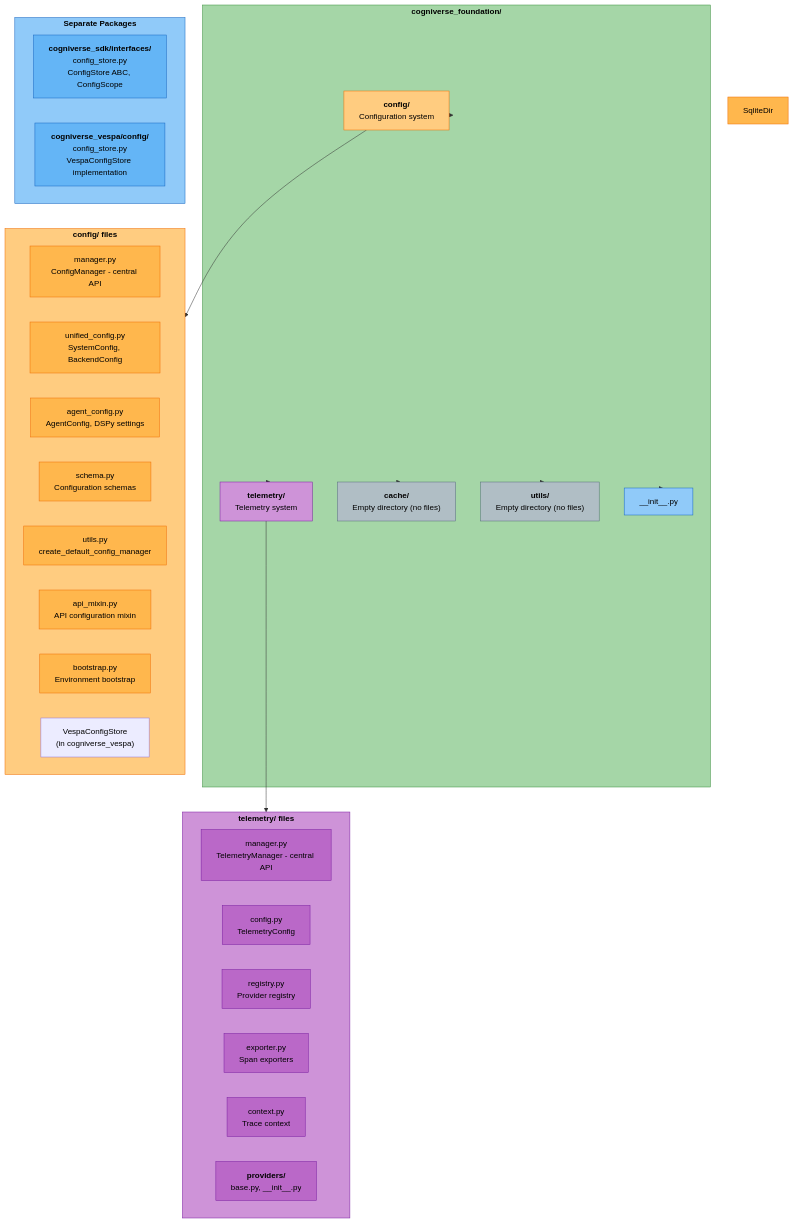
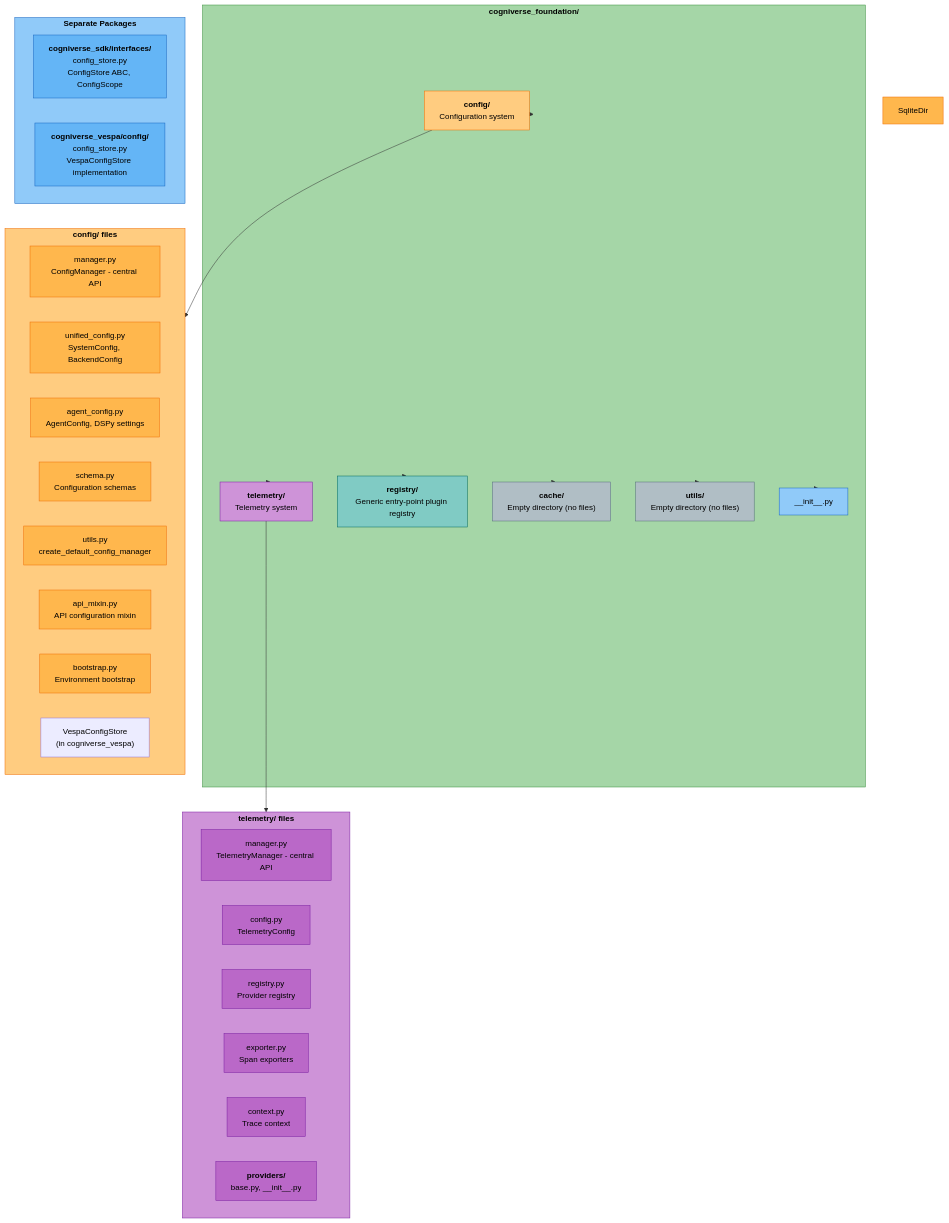
One commit to amit-jain/cogniverse changed the first of 3 diagrams in docs/modules/foundation.md. Above: the diagram before and after it, drawn with Mermaid. The commit also changed other lines of this file and 10 other files, not shown here.

````diff
--- a/docs/modules/foundation.md
+++ b/docs/modules/foundation.md
@@ -40,70 +41,73 @@
 ```mermaid
 flowchart TB
     subgraph Foundation["<span style='color:#000'><b>cogniverse_foundation/</b></span>"]
         ConfigDir["<span style='color:#000'><b>config/</b><br/>Configuration system</span>"]
         TelemetryDir["<span style='color:#000'><b>telemetry/</b><br/>Telemetry system</span>"]
+        RegistryDir["<span style='color:#000'><b>registry/</b><br/>Generic entry-point plugin registry</span>"]
         CacheDir["<span style='color:#000'><b>cache/</b><br/>Empty directory (no files)</span>"]
         UtilsDir["<span style='color:#000'><b>utils/</b><br/>Empty directory (no files)</span>"]
         InitPy["<span style='color:#000'>__init__.py</span>"]
     end
 
     subgraph ConfigFiles["<span style='color:#000'><b>config/ files</b></span>"]
         Manager["<span style='color:#000'>manager.py<br/>ConfigManager - central API</span>"]
         UnifiedConfigFile["<span style='color:#000'>unified_config.py<br/>SystemConfig, BackendConfig</span>"]
         AgentConfigFile["<span style='color:#000'>agent_config.py<br/>AgentConfig, DSPy settings</span>"]
         Schema["<span style='color:#000'>schema.py<br/>Configuration schemas</span>"]
         Utils["<span style='color:#000'>utils.py<br/>create_default_config_manager</span>"]
         ApiMixin["<span style='color:#000'>api_mixin.py<br/>API configuration mixin</span>"]
         Bootstrap["<span style='color:#000'>bootstrap.py<br/>Environment bootstrap</span>"]
         VespaStore["<span style='color:#000'>VespaConfigStore<br/>(in cogniverse_vespa)</span>"]
     end
 
     subgraph TelemetryFiles["<span style='color:#000'><b>telemetry/ files</b></span>"]
         TelManager["<span style='color:#000'>manager.py<br/>TelemetryManager - central API</span>"]
         TelConfig["<span style='color:#000'>config.py<br/>TelemetryConfig</span>"]
         Registry["<span style='color:#000'>registry.py<br/>Provider registry</span>"]
         Exporter["<span style='color:#000'>exporter.py<br/>Span exporters</span>"]
         Context["<span style='color:#000'>context.py<br/>Trace context</span>"]
         ProvidersDir["<span style='color:#000'><b>providers/</b><br/>base.py, __init__.py</span>"]
     end
 
     subgraph SeparatePackages["<span style='color:#000'><b>Separate Packages</b></span>"]
         SDKInterface["<span style='color:#000'><b>cogniverse_sdk/interfaces/</b><br/>config_store.py<br/>ConfigStore ABC, ConfigScope</span>"]
         VespaImpl["<span style='color:#000'><b>cogniverse_vespa/config/</b><br/>config_store.py<br/>VespaConfigStore implementation</span>"]
     end
 
     Foundation --> ConfigDir
     Foundation --> TelemetryDir
+    Foundation --> RegistryDir
     Foundation --> CacheDir
     Foundation --> UtilsDir
     Foundation --> InitPy
 
     ConfigDir --> ConfigFiles
     TelemetryDir --> TelemetryFiles
 
     style Foundation fill:#a5d6a7,stroke:#388e3c,color:#000
     style ConfigDir fill:#ffcc80,stroke:#ef6c00,color:#000
     style TelemetryDir fill:#ce93d8,stroke:#7b1fa2,color:#000
+    style RegistryDir fill:#80cbc4,stroke:#00695c,color:#000
     style CacheDir fill:#b0bec5,stroke:#546e7a,color:#000
     style UtilsDir fill:#b0bec5,stroke:#546e7a,color:#000
     style InitPy fill:#90caf9,stroke:#1565c0,color:#000
     style ConfigFiles fill:#ffcc80,stroke:#ef6c00,color:#000
     style TelemetryFiles fill:#ce93d8,stroke:#7b1fa2,color:#000
     style SeparatePackages fill:#90caf9,stroke:#1565c0,color:#000
     style Manager fill:#ffb74d,stroke:#ef6c00,color:#000
     style UnifiedConfigFile fill:#ffb74d,stroke:#ef6c00,color:#000
     style AgentConfigFile fill:#ffb74d,stroke:#ef6c00,color:#000
     style Schema fill:#ffb74d,stroke:#ef6c00,color:#000
     style Utils fill:#ffb74d,stroke:#ef6c00,color:#000
     style ApiMixin fill:#ffb74d,stroke:#ef6c00,color:#000
     style Bootstrap fill:#ffb74d,stroke:#ef6c00,color:#000
     style SqliteDir fill:#ffb74d,stroke:#ef6c00,color:#000
     style TelManager fill:#ba68c8,stroke:#7b1fa2,color:#000
     style TelConfig fill:#ba68c8,stroke:#7b1fa2,color:#000
     style Registry fill:#ba68c8,stroke:#7b1fa2,color:#000
     style Exporter fill:#ba68c8,stroke:#7b1fa2,color:#000
     style Context fill:#ba68c8,stroke:#7b1fa2,color:#000
     style ProvidersDir fill:#ba68c8,stroke:#7b1fa2,color:#000
     style SDKInterface fill:#64b5f6,stroke:#1565c0,color:#000
     style VespaImpl fill:#64b5f6,stroke:#1565c0,color:#000
 ```
````
